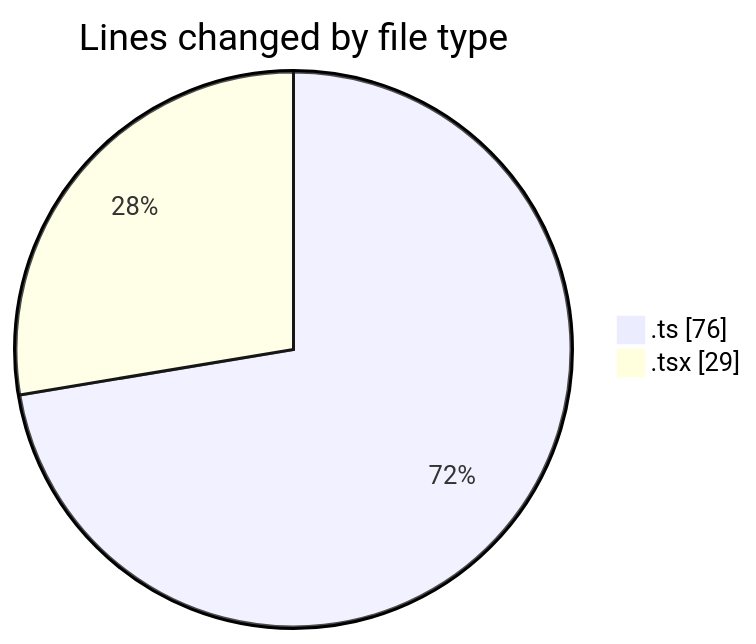
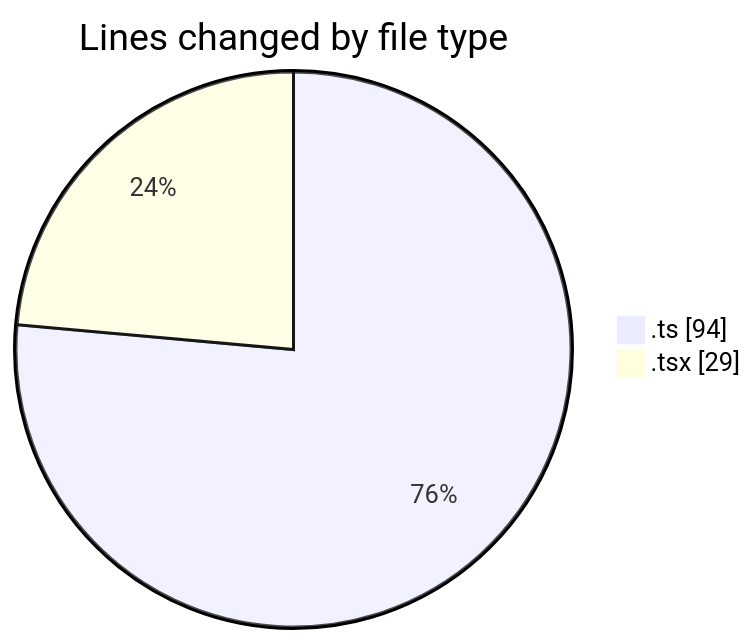
Before and after one commit to momahboobian/code-tracking: the first of 2 diagrams in 2026-02-19/cda/README.md, drawn with Mermaid. The commit also changed other lines of this file and 1 other file, not shown here.

````diff
--- a/2026-02-19/cda/README.md
+++ b/2026-02-19/cda/README.md
@@ -21,6 +21,6 @@
 ```mermaid
 pie showData
 title Lines changed by file type
-".ts" : 76
+".ts" : 94
 ".tsx" : 29
 ```
````
